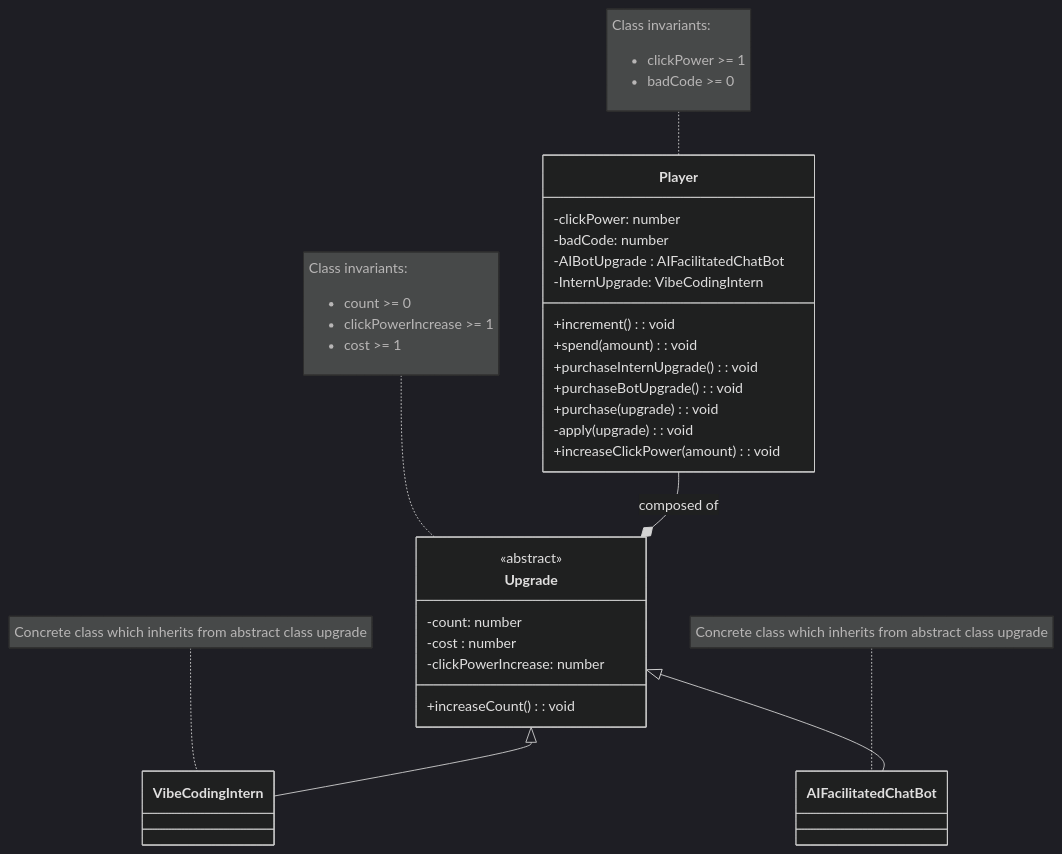
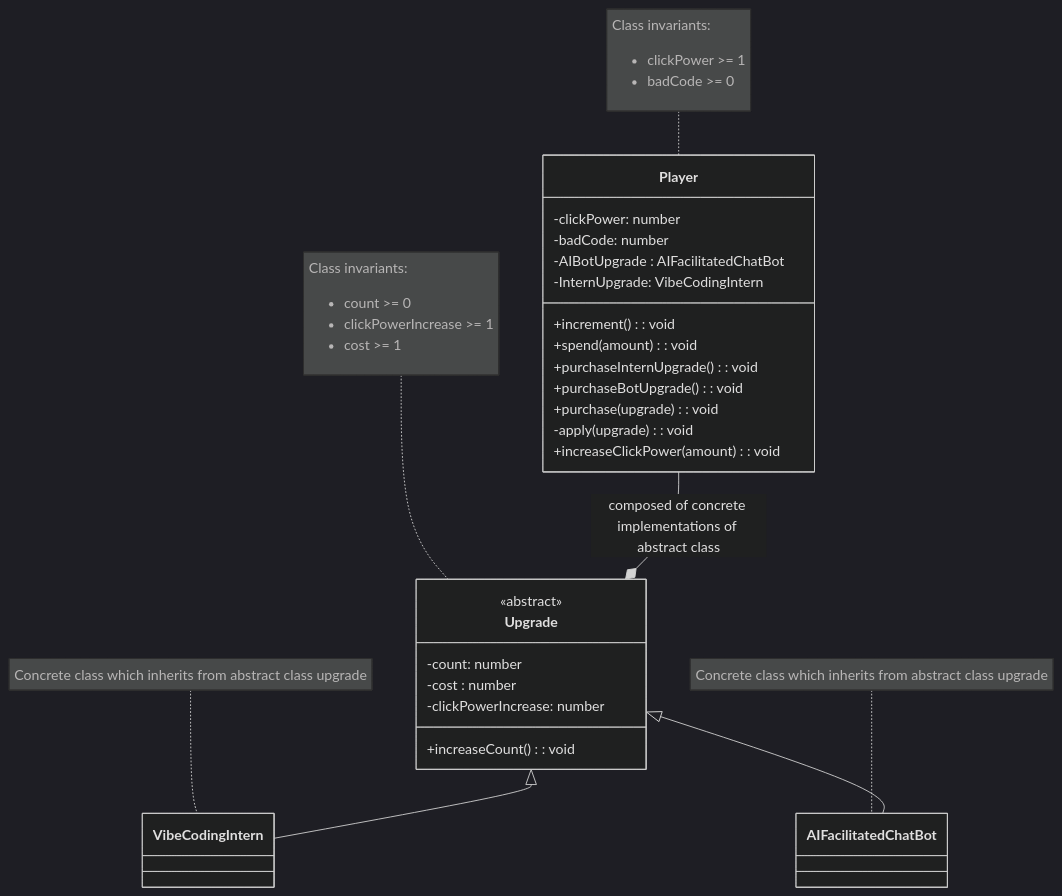
The diagram in domain.md (MoulikB/2452-project), drawn with Mermaid (dark theme) before and after one commit. The commit also changed 17 other files, not shown here.

````diff
--- a/domain.md
+++ b/domain.md
@@ -11,51 +11,50 @@
 ```mermaid
 classDiagram
 
 class Player {
     -clickPower: number
     -badCode: number
     -AIBotUpgrade : AIFacilitatedChatBot
     -InternUpgrade: VibeCodingIntern
     +increment() : void
     +spend(amount): void
     +purchaseInternUpgrade(): void
     +purchaseBotUpgrade(): void
     +purchase(upgrade): void
     -apply(upgrade): void
     +increaseClickPower(amount): void
 }
 
 note for Player "Class invariants:
 <ul>
 <li>clickPower >= 1</li>
 <li>badCode >= 0</li>
 </ul>"
 
 class Upgrade {
     <<abstract>>
     -count: number
     -cost : number
     -clickPowerIncrease: number
     +increaseCount(): void
 }
 
 note for Upgrade "Class invariants:
 <ul>
 <li>count >= 0</li>
 <li>clickPowerIncrease >= 1</li>
 <li>cost >= 1</li>
 </ul>"
 
 class VibeCodingIntern
 
 class AIFacilitatedChatBot
 
 note for VibeCodingIntern "Concrete class which inherits from abstract class upgrade"
 
 note for AIFacilitatedChatBot "Concrete class which inherits from abstract class upgrade"
 Upgrade <|-- VibeCodingIntern
 Upgrade <|-- AIFacilitatedChatBot
 
-Player --* Upgrade : composed of
-
+Player --* Upgrade : composed of concrete implementations of abstract class
 ```
````
